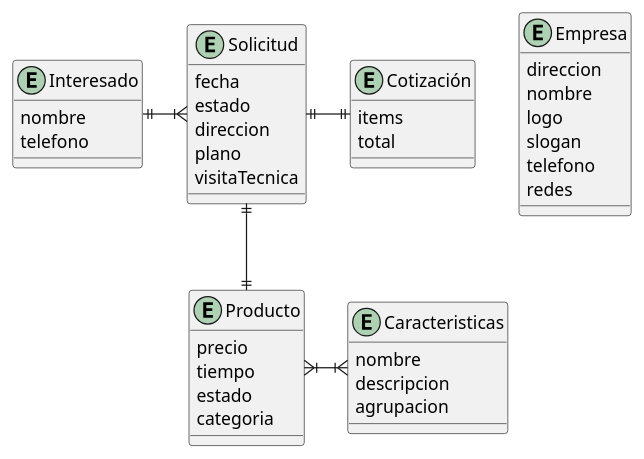
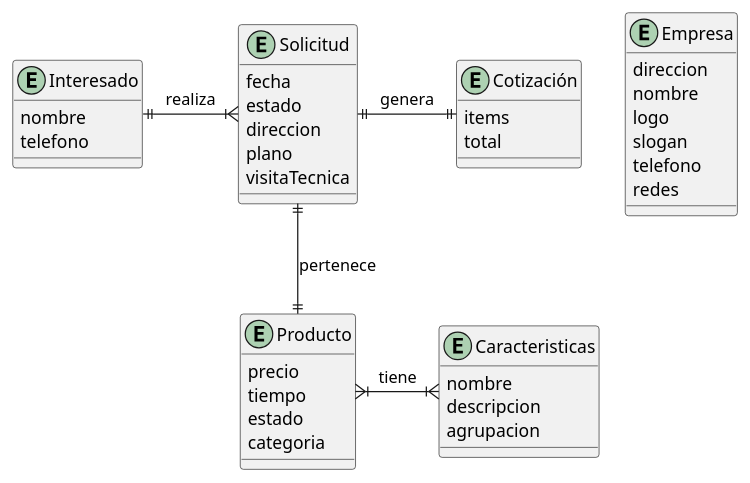
One commit to Los-Waza/MetalK_Documentation changed the diagram in metalK_mer.puml. Above: the diagram before and after it, drawn with PlantUML.

```diff
--- a/metalK_mer.puml
+++ b/metalK_mer.puml
@@ -1,51 +1,51 @@
 @startuml MetalK_MER
     top to bottom direction
     skinparam linestyle orto
 
     entity emp as "Empresa"{
         direccion
         nombre
         logo
         slogan
         telefono
         redes
     }
 
     entity pro as "Producto"{
         precio
         tiempo
         estado
         categoria
     }
 
     entity sol as "Solicitud"{
         fecha
         estado
         direccion
         plano
         visitaTecnica
     }
 
     entity cot as "Cotización"{
         items
         total
     }
     
     entity car as "Caracteristicas"{
         nombre
         descripcion
         agrupacion
     }
 
     entity cli as "Interesado"{
         nombre
         telefono
     }
 
-    pro }|-right-|{ car
-    cli ||-right-|{ sol
-    sol ||--|| pro
-    sol ||-right-|| cot
+    pro }|-right-|{ car : tiene
+    cli ||-right-|{ sol : realiza
+    sol ||--|| pro : pertenece
+    sol ||-right-|| cot: genera
 
 
 @enduml
```
